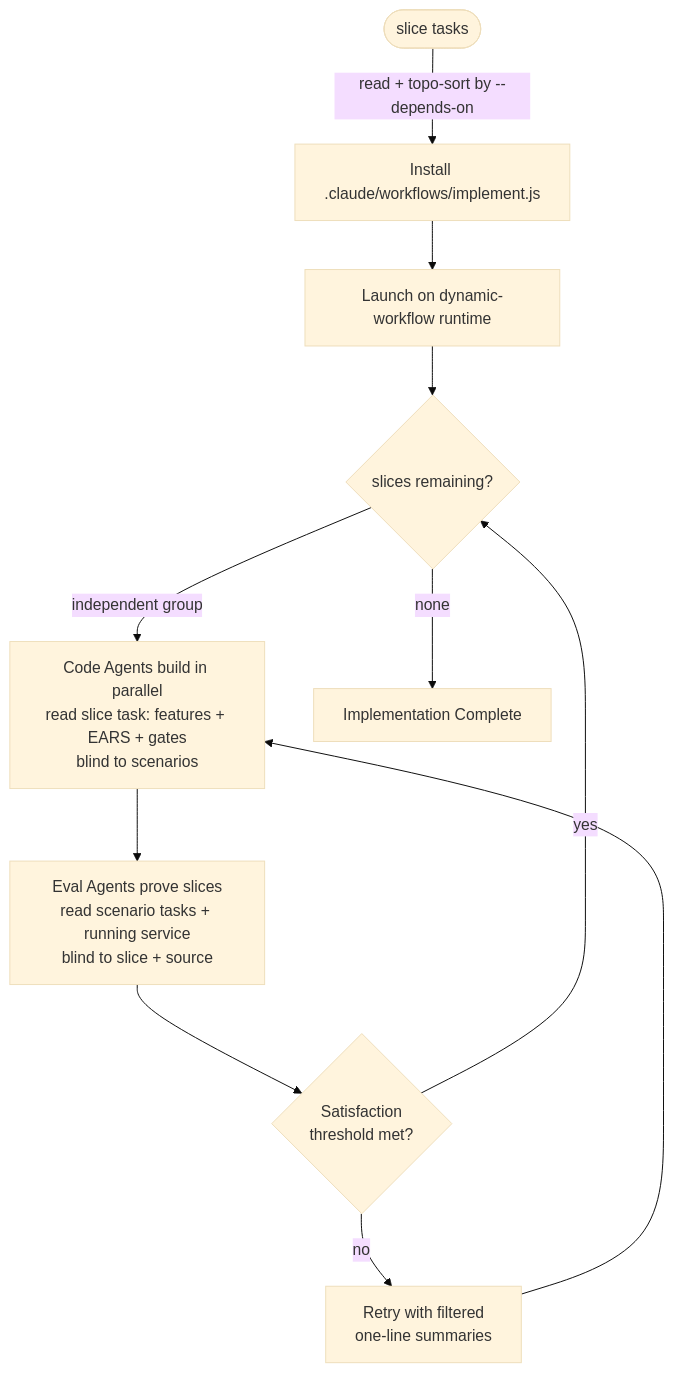
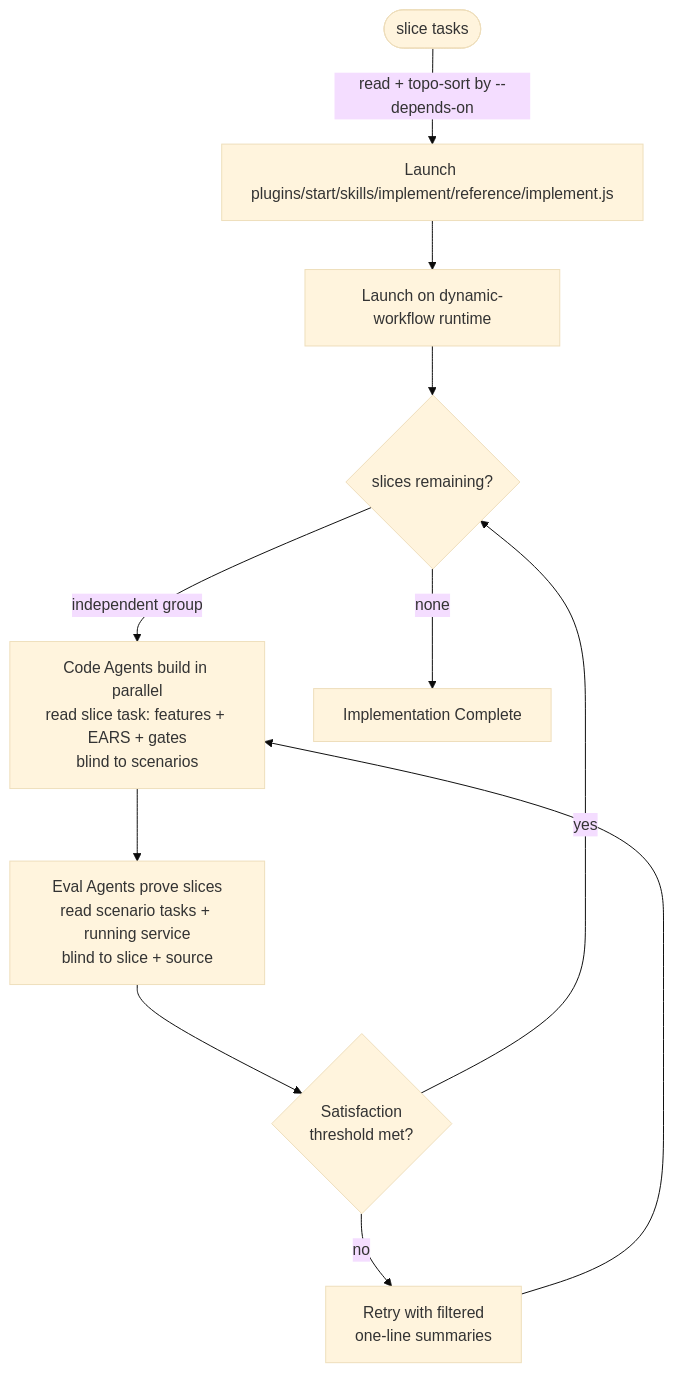
One commit to rsmdt/the-startup changed the second of 10 diagrams in plugins/start/README.md. Above: the diagram before and after it, drawn with Mermaid (base theme). The commit also changed other lines of this file and 18 other files, not shown here.

````diff
--- a/plugins/start/README.md
+++ b/plugins/start/README.md
@@ -120,13 +120,13 @@
 ```mermaid
 flowchart TD
-    A([slice tasks]) --> |read + topo-sort by --depends-on| B[Install .claude/workflows/implement.js]
+    A([slice tasks]) --> |read + topo-sort by --depends-on| B[Launch plugins/start/skills/implement/reference/implement.js]
     B --> C[Launch on dynamic-workflow runtime]
     C --> D{slices remaining?}
     D --> |independent group| E[Code Agents build in parallel<br/>read slice task: features + EARS + gates<br/>blind to scenarios]
     E --> F[Eval Agents prove slices<br/>read scenario tasks + running service<br/>blind to slice + source]
     F --> G{Satisfaction<br>threshold met?}
     G --> |no| H[Retry with filtered<br/>one-line summaries]
     H --> E
     G --> |yes| D
     D --> |none| END[Implementation Complete]
 ```
````
